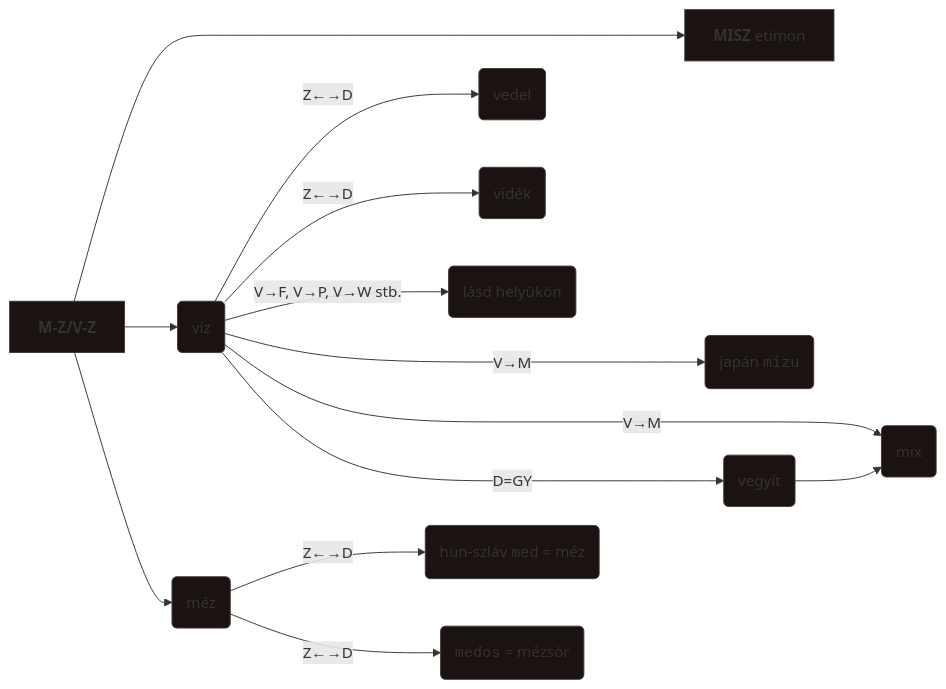
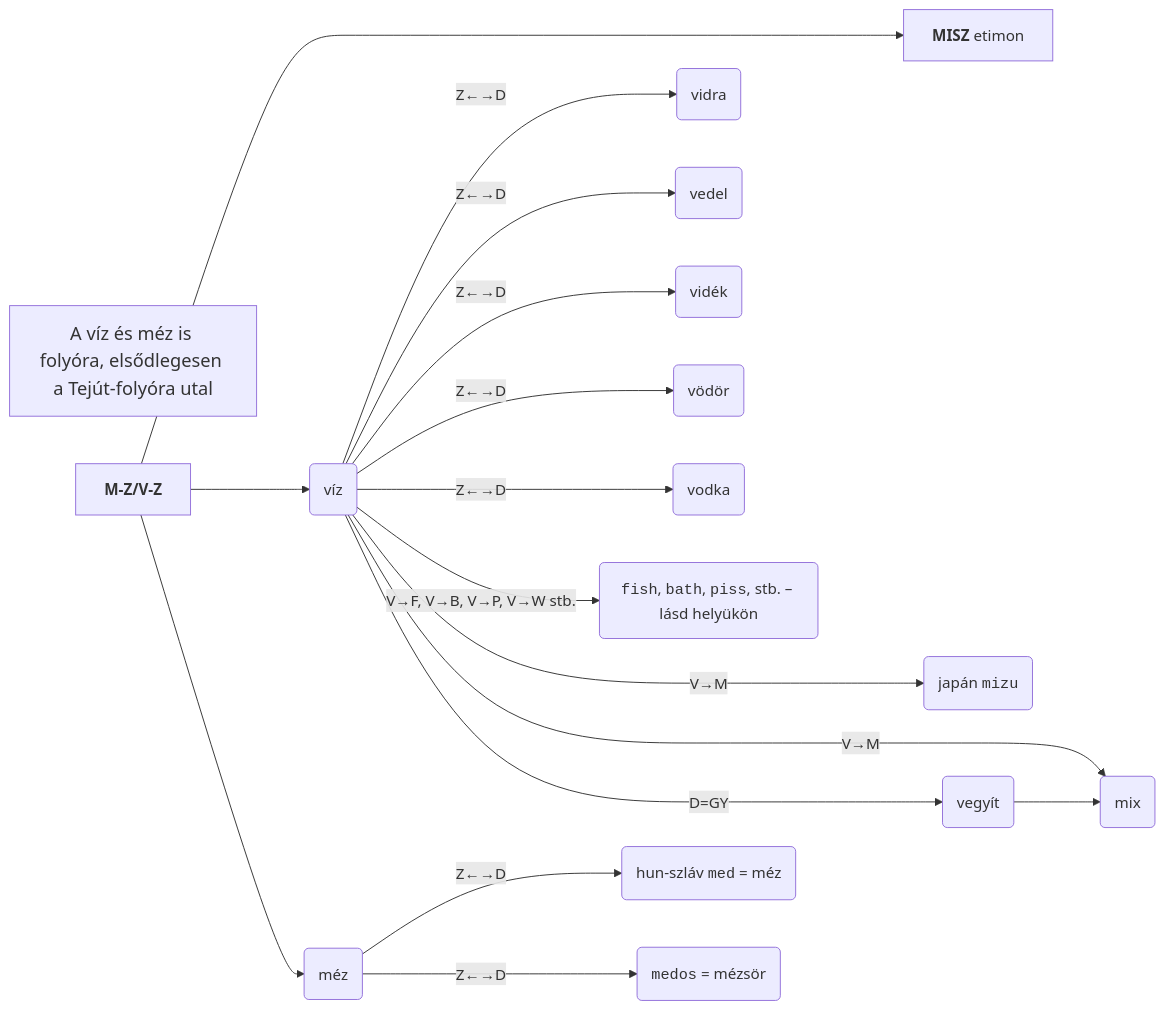
One commit to zanodor/TUDDASSTTARR changed the diagram in src/site/notes/M/Méz.md. Above: the diagram before and after it, drawn with Mermaid.

Commit message:
Update content src/site/notes/M/Méz.md

````diff
--- a/src/site/notes/M/Méz.md
+++ b/src/site/notes/M/Méz.md
@@ -15,25 +15,28 @@
 ```mermaid
 flowchart LR
+title["<big>A víz és méz is folyóra, elsődlegesen a Tejút-folyóra utal</big>"]
 head["<b>M-Z/V-Z</b>"]
 lvl2_0["<b>MISZ</b> etimon"]
 lvl2_a("víz")
 lvl2_b("méz")
-lvl3_a("vedel")
-lvl3_b("vidék")
+lvl3_a0("vidra")
+lvl3_a1("vedel")
+lvl3_a2("vidék")
+lvl3_b1("vödör")
+lvl3_b2("vodka")
 lvl3_c("hun-szláv <code>med</code> = méz")
 lvl3_d("<code>medos</code> = mézsör")
 
 head ----> lvl2_0
 head --> lvl2_a & lvl2_b
-lvl2_a -- "Z←→D" -->  lvl3_a & lvl3_b
-lvl2_a -- "V→F, V→P, V→W stb." -->  lvl3_x("lásd helyükön")
+lvl2_a -- "Z←→D" -->  lvl3_a0 & lvl3_a1 & lvl3_a2 & lvl3_b1 & lvl3_b2
+lvl2_a -- "V→F, V→B, V→P, V→W stb." -->  lvl3_x("<code>fish</code>, <code>bath</code>, <code>piss</code>, stb. – lásd helyükön")
 lvl2_b -- "Z←→D" -->  lvl3_c & lvl3_d
 lvl2_a -- "V→M" ---> lvl3_e("japán <code>mizu</code>")
 lvl2_a -- "V→M" ---> lvl3_f("mix")
 lvl2_a -- "D=GY" ---> lvl3_g("vegyít")
 lvl3_g --> lvl3_f
 
-classDef fillStyle fill:#1b1212,stroke:#403c34,stroke-width:1px,stroke-dasharray: 0;
-class head,lvl2_0,lvl2_a,lvl2_b,lvl3_a,lvl3_b,lvl3_c,lvl3_d,lvl3_e,lvl3_f,lvl3_g,lvl3_x fillStyle;
-class lvl2_a,lvl2_b,lvl3_a,lvl3_b,lvl3_f internal-link;
+ class head,lvl2_0,lvl2_a,lvl2_b,lvl3_a,lvl3_b,lvl3_c,lvl3_d,lvl3_e,lvl3_f,lvl3_g,lvl3_x fillStyle;
+class lvl2_b,lvl3_a0,lvl3_a1,lvl3_a2,lvl3_b1,lvl3_b2,lvl3_f internal-link;
 ```
````
